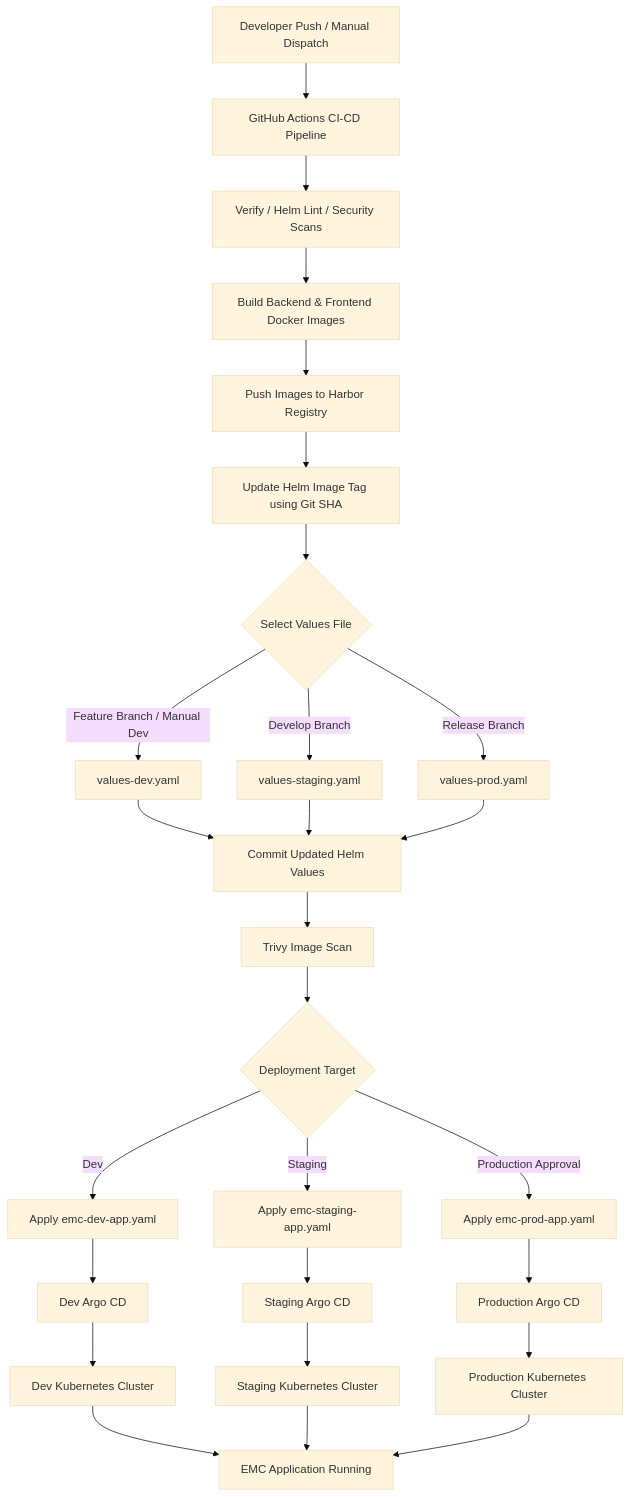
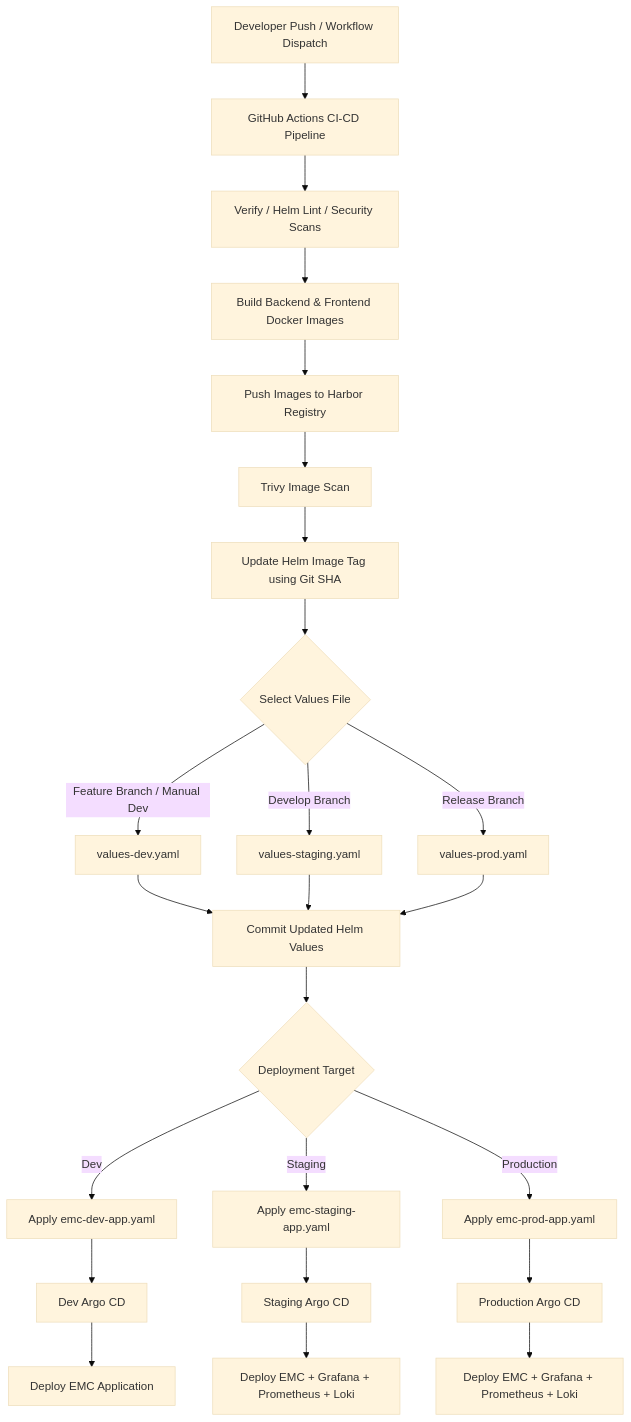
Before and after one commit to ARENA2036/edc-management-console: the diagram in docs/ci-cd-flow.md, drawn with Mermaid (base theme). The commit also changed other lines of this file and 7 other files, not shown here.

Commit message:
feat: integrate Grafana observability into Helm and CI/CD pipeline

````diff
--- a/docs/ci-cd-flow.md
+++ b/docs/ci-cd-flow.md
@@ -1,43 +3,41 @@
 ```mermaid
 flowchart TD
 
-    A[Developer Push / Manual Dispatch] --> B[GitHub Actions CI-CD Pipeline]
+     A[Developer Push / Workflow Dispatch] --> B[GitHub Actions CI-CD Pipeline]
 
     B --> C[Verify / Helm Lint / Security Scans]
 
     C --> D[Build Backend & Frontend Docker Images]
 
     D --> E[Push Images to Harbor Registry]
 
-    E --> F[Update Helm Image Tag using Git SHA]
+    E --> F[Trivy Image Scan]
 
-    F --> G{Select Values File}
+    F --> G[Update Helm Image Tag using Git SHA]
 
-    G -->|Feature Branch / Manual Dev| G1[values-dev.yaml]
-    G -->|Develop Branch| G2[values-staging.yaml]
-    G -->|Release Branch| G3[values-prod.yaml]
+    G --> H{Select Values File}
 
-    G1 --> H[Commit Updated Helm Values]
-    G2 --> H
-    G3 --> H
+    H -->|Feature Branch / Manual Dev| H1[values-dev.yaml]
+    H -->|Develop Branch| H2[values-staging.yaml]
+    H -->|Release Branch| H3[values-prod.yaml]
 
-    H --> I[Trivy Image Scan]
+    H1 --> I[Commit Updated Helm Values]
+    H2 --> I
+    H3 --> I
 
     I --> J{Deployment Target}
 
     J -->|Dev| K[Apply emc-dev-app.yaml]
     J -->|Staging| L[Apply emc-staging-app.yaml]
-    J -->|Production Approval| M[Apply emc-prod-app.yaml]
+    J -->|Production| M[Apply emc-prod-app.yaml]
 
     K --> N[Dev Argo CD]
     L --> O[Staging Argo CD]
     M --> P[Production Argo CD]
 
-    N --> Q[Dev Kubernetes Cluster]
-    O --> R[Staging Kubernetes Cluster]
-    P --> S[Production Kubernetes Cluster]
+    N --> Q[Deploy EMC Application]
 
-    Q --> T[EMC Application Running]
-    R --> T
-    S --> T
+    O --> R[Deploy EMC + Grafana + Prometheus + Loki]
+
+    P --> S[Deploy EMC + Grafana + Prometheus + Loki]
 ```
````
